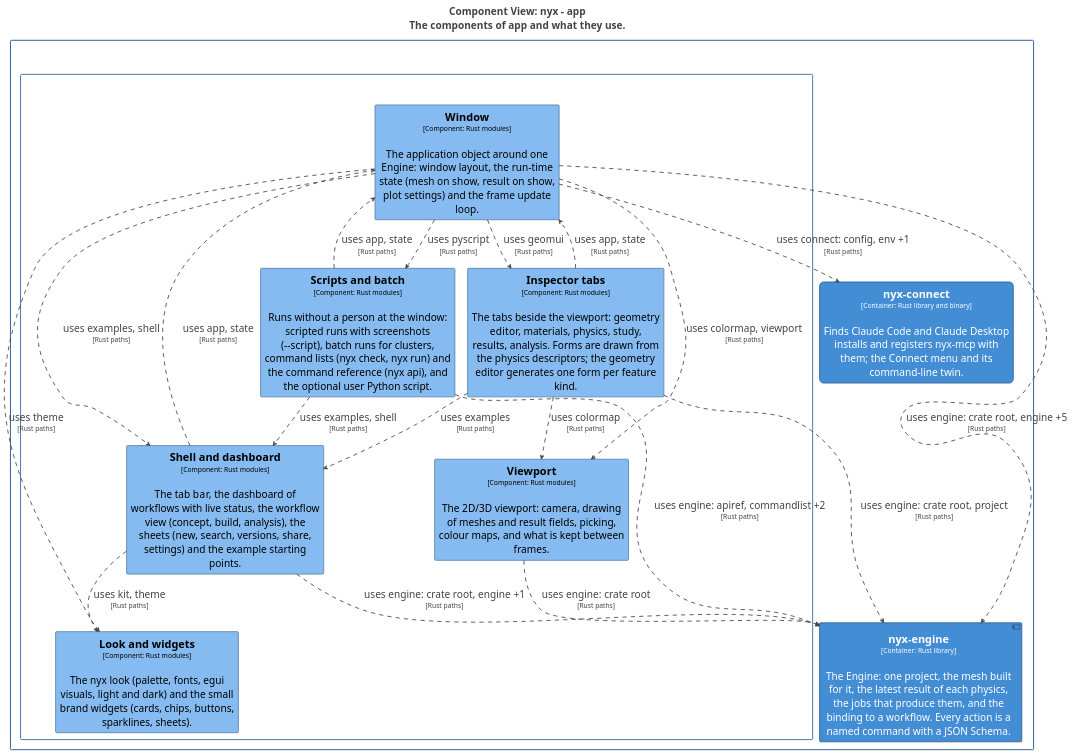
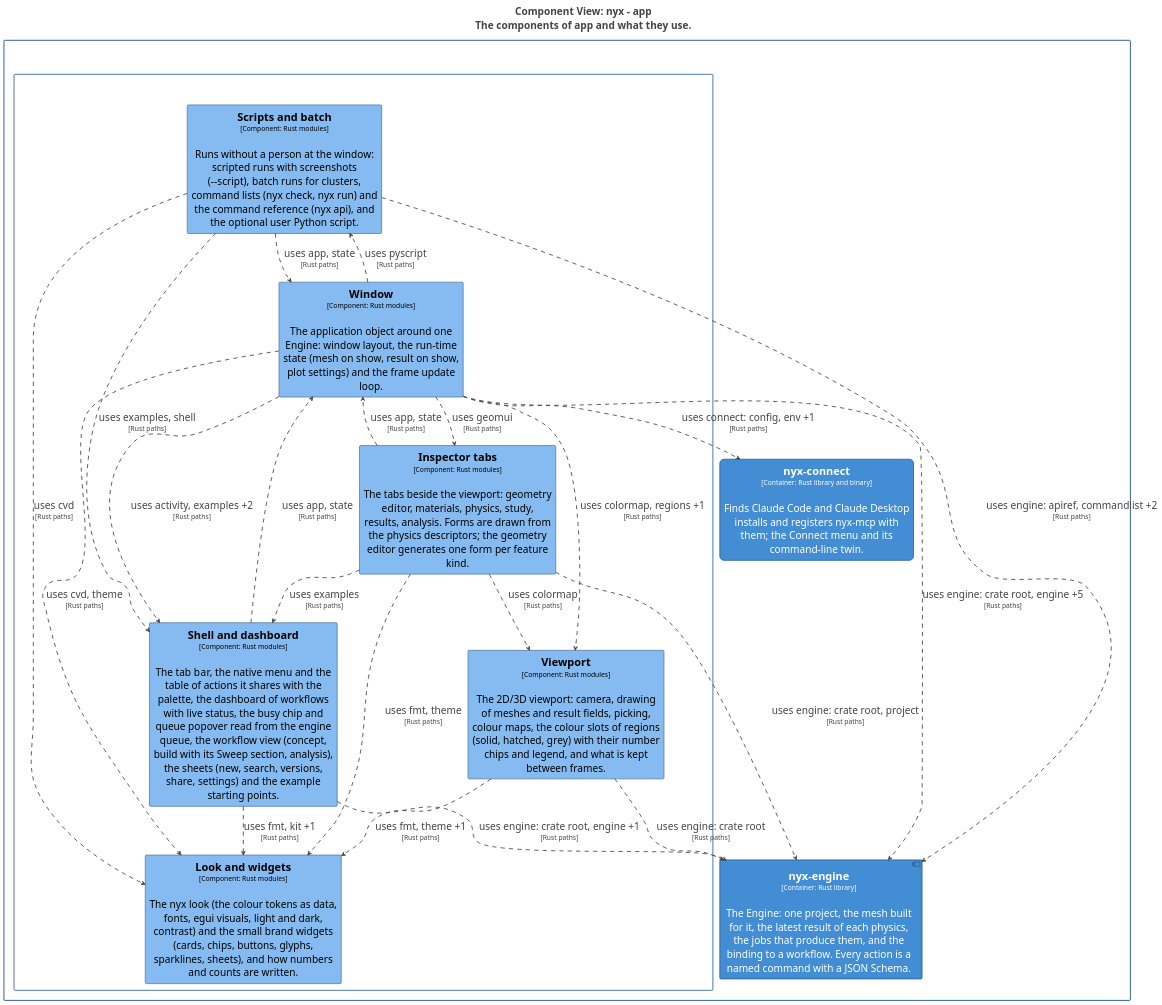
The diagram in docs/architecture/c4/export/plantuml/structurizr-Components_app.puml (p-j-r/nyx), drawn with PlantUML before and after one commit. The commit also changed 39 other files, not shown here.

```diff
--- a/docs/architecture/c4/export/plantuml/structurizr-Components_app.puml
+++ b/docs/architecture/c4/export/plantuml/structurizr-Components_app.puml
@@ -1,117 +1,120 @@
 @startuml
 title <size:24>Component View: nyx - app</size>\n<size:24>The components of app and what they use.</size>
 
 set separator none
 top to bottom direction
 skinparam ranksep 60
 skinparam nodesep 30
 hide stereotype
 
 <style>
   root {
     BackgroundColor: #ffffff;
     FontColor: #444444;
   }
   // Element,Component
   .Element-RWxlbWVudCxDb21wb25lbnQ= {
     BackgroundColor: #85bbf0;
     LineColor: #5d82a8;
     LineStyle: 0;
     LineThickness: 2;
     FontColor: #000000;
     FontSize: 24;
     HorizontalAlignment: center;
     Shadowing: 0;
     MaximumWidth: 450;
   }
   // Element,Container,Executable
   .Element-RWxlbWVudCxDb250YWluZXIsRXhlY3V0YWJsZQ== {
     BackgroundColor: #438dd5;
     LineColor: #2e6295;
     LineStyle: 0;
     LineThickness: 2;
     RoundCorner: 20;
     FontColor: #ffffff;
     FontSize: 24;
     HorizontalAlignment: center;
     Shadowing: 0;
     MaximumWidth: 450;
   }
   // Element,Container,Library
   .Element-RWxlbWVudCxDb250YWluZXIsTGlicmFyeQ== {
     BackgroundColor: #438dd5;
     LineColor: #2e6295;
     LineStyle: 0;
     LineThickness: 2;
     FontColor: #ffffff;
     FontSize: 24;
     HorizontalAlignment: center;
     Shadowing: 0;
     MaximumWidth: 450;
   }
   // Relationship
   .Relationship-UmVsYXRpb25zaGlw {
     LineThickness: 2;
     LineStyle: 10-10;
     LineColor: #444444;
     FontColor: #444444;
     FontSize: 24;
   }
   // app
   .Boundary-YXBw {
     BackgroundColor: #ffffff;
     LineColor: #2e6295;
     LineStyle: 0;
     LineThickness: 2;
     FontColor: #ffffff;
     FontSize: 24;
     HorizontalAlignment: center;
     Shadowing: 0;
   }
   // nyx
   .Boundary-bnl4 {
     BackgroundColor: #ffffff;
     LineColor: #0b4884;
     LineStyle: 0;
     LineThickness: 2;
     FontColor: #ffffff;
     FontSize: 24;
     HorizontalAlignment: center;
     Shadowing: 0;
   }
 </style>
 
 rectangle "nyx\n<size:16>[Software System]</size>" <<Boundary-bnl4>> {
   rectangle "app\n<size:16>[Container: Rust, eframe/egui]</size>" <<Boundary-YXBw>> {
-    rectangle "==Viewport\n<size:16>[Component: Rust modules]</size>\n\nThe 2D/3D viewport: camera, drawing of meshes and result fields, picking, colour maps, and what is kept between frames." <<Element-RWxlbWVudCxDb21wb25lbnQ=>> as nyx.app.Viewport
-    rectangle "==Look and widgets\n<size:16>[Component: Rust modules]</size>\n\nThe nyx look (palette, fonts, egui visuals, light and dark) and the small brand widgets (cards, chips, buttons, sparklines, sheets)." <<Element-RWxlbWVudCxDb21wb25lbnQ=>> as nyx.app.Lookandwidgets
+    rectangle "==Viewport\n<size:16>[Component: Rust modules]</size>\n\nThe 2D/3D viewport: camera, drawing of meshes and result fields, picking, colour maps, the colour slots of regions (solid, hatched, grey) with their number chips and legend, and what is kept between frames." <<Element-RWxlbWVudCxDb21wb25lbnQ=>> as nyx.app.Viewport
+    rectangle "==Look and widgets\n<size:16>[Component: Rust modules]</size>\n\nThe nyx look (the colour tokens as data, fonts, egui visuals, light and dark, contrast) and the small brand widgets (cards, chips, buttons, glyphs, sparklines, sheets), and how numbers and counts are written." <<Element-RWxlbWVudCxDb21wb25lbnQ=>> as nyx.app.Lookandwidgets
     rectangle "==Scripts and batch\n<size:16>[Component: Rust modules]</size>\n\nRuns without a person at the window: scripted runs with screenshots (--script), batch runs for clusters, command lists (nyx check, nyx run) and the command reference (nyx api), and the optional user Python script." <<Element-RWxlbWVudCxDb21wb25lbnQ=>> as nyx.app.Scriptsandbatch
     rectangle "==Window\n<size:16>[Component: Rust modules]</size>\n\nThe application object around one Engine: window layout, the run-time state (mesh on show, result on show, plot settings) and the frame update loop." <<Element-RWxlbWVudCxDb21wb25lbnQ=>> as nyx.app.Window
-    rectangle "==Shell and dashboard\n<size:16>[Component: Rust modules]</size>\n\nThe tab bar, the dashboard of workflows with live status, the workflow view (concept, build, analysis), the sheets (new, search, versions, share, settings) and the example starting points." <<Element-RWxlbWVudCxDb21wb25lbnQ=>> as nyx.app.Shellanddashboard
+    rectangle "==Shell and dashboard\n<size:16>[Component: Rust modules]</size>\n\nThe tab bar, the native menu and the table of actions it shares with the palette, the dashboard of workflows with live status, the busy chip and queue popover read from the engine queue, the workflow view (concept, build with its Sweep section, analysis), the sheets (new, search, versions, share, settings) and the example starting points." <<Element-RWxlbWVudCxDb21wb25lbnQ=>> as nyx.app.Shellanddashboard
     rectangle "==Inspector tabs\n<size:16>[Component: Rust modules]</size>\n\nThe tabs beside the viewport: geometry editor, materials, physics, study, results, analysis. Forms are drawn from the physics descriptors; the geometry editor generates one form per feature kind." <<Element-RWxlbWVudCxDb21wb25lbnQ=>> as nyx.app.Inspectortabs
   }
 
   rectangle "==nyx-connect\n<size:16>[Container: Rust library and binary]</size>\n\nFinds Claude Code and Claude Desktop installs and registers nyx-mcp with them; the Connect menu and its command-line twin." <<Element-RWxlbWVudCxDb250YWluZXIsRXhlY3V0YWJsZQ==>> as nyx.nyxconnect
   component "==nyx-engine\n<size:16>[Container: Rust library]</size>\n\nThe Engine: one project, the mesh built for it, the latest result of each physics, the jobs that produce them, and the binding to a workflow. Every action is a named command with a JSON Schema." <<Element-RWxlbWVudCxDb250YWluZXIsTGlicmFyeQ==>> as nyx.nyxengine
 }
 
 nyx.app.Scriptsandbatch --> nyx.nyxengine <<Relationship-UmVsYXRpb25zaGlw>> : "uses engine: apiref, commandlist +2\n<size:16>[Rust paths]</size>"
 nyx.app.Scriptsandbatch --> nyx.app.Shellanddashboard <<Relationship-UmVsYXRpb25zaGlw>> : "uses examples, shell\n<size:16>[Rust paths]</size>"
+nyx.app.Scriptsandbatch --> nyx.app.Lookandwidgets <<Relationship-UmVsYXRpb25zaGlw>> : "uses cvd\n<size:16>[Rust paths]</size>"
 nyx.app.Scriptsandbatch --> nyx.app.Window <<Relationship-UmVsYXRpb25zaGlw>> : "uses app, state\n<size:16>[Rust paths]</size>"
 nyx.app.Inspectortabs --> nyx.nyxengine <<Relationship-UmVsYXRpb25zaGlw>> : "uses engine: crate root, project\n<size:16>[Rust paths]</size>"
 nyx.app.Inspectortabs --> nyx.app.Shellanddashboard <<Relationship-UmVsYXRpb25zaGlw>> : "uses examples\n<size:16>[Rust paths]</size>"
+nyx.app.Inspectortabs --> nyx.app.Lookandwidgets <<Relationship-UmVsYXRpb25zaGlw>> : "uses fmt, theme\n<size:16>[Rust paths]</size>"
 nyx.app.Inspectortabs --> nyx.app.Viewport <<Relationship-UmVsYXRpb25zaGlw>> : "uses colormap\n<size:16>[Rust paths]</size>"
 nyx.app.Inspectortabs --> nyx.app.Window <<Relationship-UmVsYXRpb25zaGlw>> : "uses app, state\n<size:16>[Rust paths]</size>"
 nyx.app.Shellanddashboard --> nyx.nyxengine <<Relationship-UmVsYXRpb25zaGlw>> : "uses engine: crate root, engine +1\n<size:16>[Rust paths]</size>"
-nyx.app.Shellanddashboard --> nyx.app.Lookandwidgets <<Relationship-UmVsYXRpb25zaGlw>> : "uses kit, theme\n<size:16>[Rust paths]</size>"
+nyx.app.Shellanddashboard --> nyx.app.Lookandwidgets <<Relationship-UmVsYXRpb25zaGlw>> : "uses fmt, kit +1\n<size:16>[Rust paths]</size>"
 nyx.app.Shellanddashboard --> nyx.app.Window <<Relationship-UmVsYXRpb25zaGlw>> : "uses app, state\n<size:16>[Rust paths]</size>"
 nyx.app.Viewport --> nyx.nyxengine <<Relationship-UmVsYXRpb25zaGlw>> : "uses engine: crate root\n<size:16>[Rust paths]</size>"
+nyx.app.Viewport --> nyx.app.Lookandwidgets <<Relationship-UmVsYXRpb25zaGlw>> : "uses fmt, theme +1\n<size:16>[Rust paths]</size>"
 nyx.app.Window --> nyx.nyxconnect <<Relationship-UmVsYXRpb25zaGlw>> : "uses connect: config, env +1\n<size:16>[Rust paths]</size>"
 nyx.app.Window --> nyx.nyxengine <<Relationship-UmVsYXRpb25zaGlw>> : "uses engine: crate root, engine +5\n<size:16>[Rust paths]</size>"
 nyx.app.Window --> nyx.app.Scriptsandbatch <<Relationship-UmVsYXRpb25zaGlw>> : "uses pyscript\n<size:16>[Rust paths]</size>"
 nyx.app.Window --> nyx.app.Inspectortabs <<Relationship-UmVsYXRpb25zaGlw>> : "uses geomui\n<size:16>[Rust paths]</size>"
-nyx.app.Window --> nyx.app.Shellanddashboard <<Relationship-UmVsYXRpb25zaGlw>> : "uses examples, shell\n<size:16>[Rust paths]</size>"
-nyx.app.Window --> nyx.app.Lookandwidgets <<Relationship-UmVsYXRpb25zaGlw>> : "uses theme\n<size:16>[Rust paths]</size>"
-nyx.app.Window --> nyx.app.Viewport <<Relationship-UmVsYXRpb25zaGlw>> : "uses colormap, viewport\n<size:16>[Rust paths]</size>"
+nyx.app.Window --> nyx.app.Shellanddashboard <<Relationship-UmVsYXRpb25zaGlw>> : "uses activity, examples +2\n<size:16>[Rust paths]</size>"
+nyx.app.Window --> nyx.app.Lookandwidgets <<Relationship-UmVsYXRpb25zaGlw>> : "uses cvd, theme\n<size:16>[Rust paths]</size>"
+nyx.app.Window --> nyx.app.Viewport <<Relationship-UmVsYXRpb25zaGlw>> : "uses colormap, regions +1\n<size:16>[Rust paths]</size>"
 
 @enduml
```
